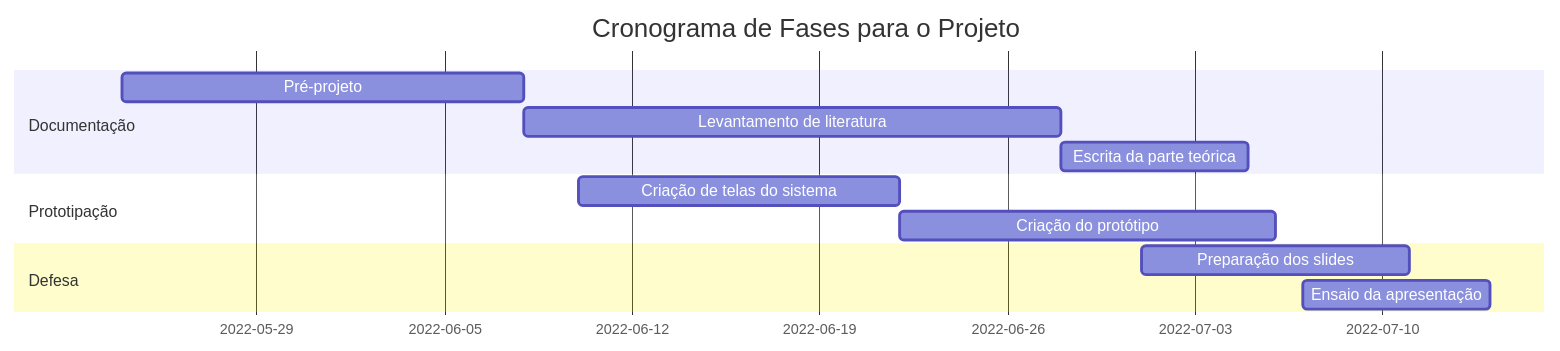
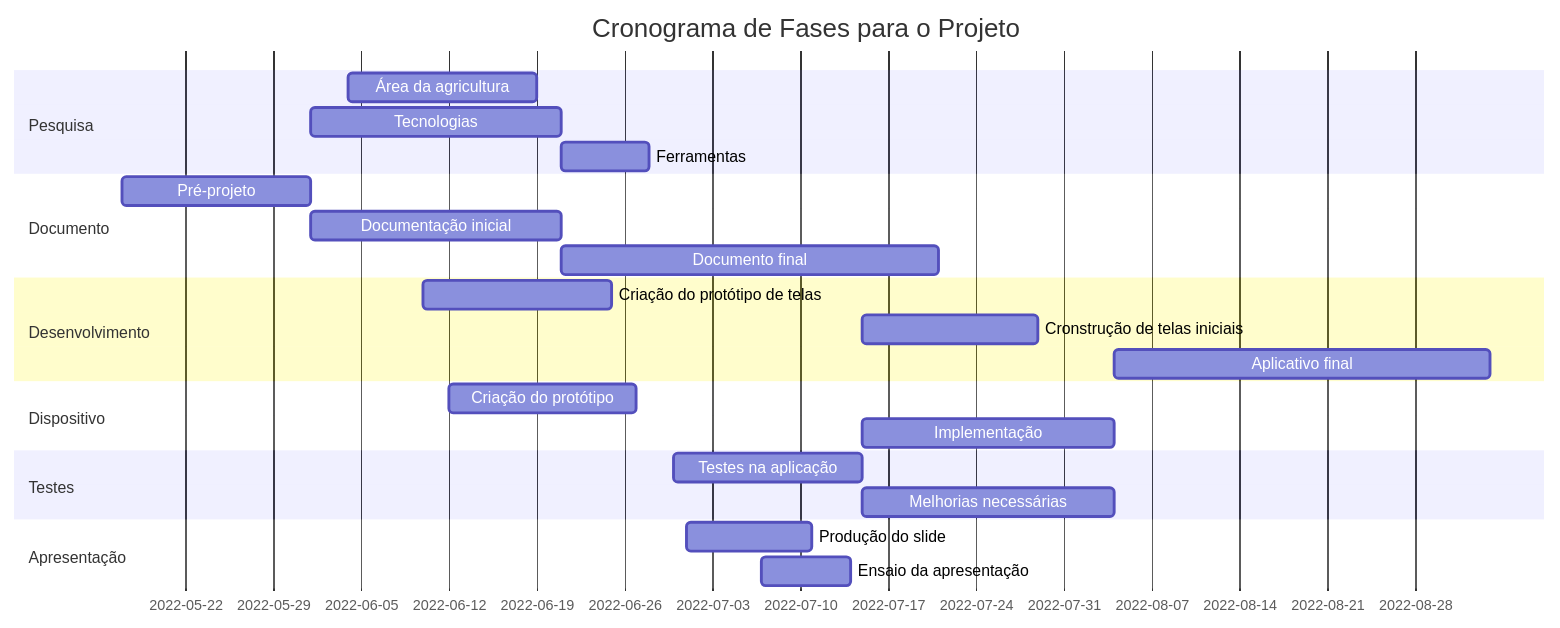
The diagram in README.md (fernandaTavaresg/ProjetoIntegrador), drawn with Mermaid before and after one commit.

````diff
--- a/README.md
+++ b/README.md
@@ -6,15 +6,26 @@
 ```mermaid
     gantt
     title Cronograma de Fases para o Projeto
     dateFormat  YYYY-MM-DD
-    section Documentação
-    Pré-projeto     :a1, 2022-05-24, 15d
-    Levantamento de literatura   :a2,after a1  , 20d
-    Escrita da parte teórica  :a3,after a2, 7d
-    section Prototipação
-    Criação de telas do sistema     :c2,2022-06-10  , 12d
-    Criação do protótipo      :c3,after c2, 14d
-    section Defesa
-    Preparação dos slides :p1, 2022-07-01, 10d
+    section Pesquisa
+    Área da agricultura     :a1, 2022-06-04, 15d
+    Tecnologias  :a2,after a1  , 20d
+    Ferramentas  :a3,after a2, 7d
+    section Documento
+    Pré-projeto     :a1, 2022-05-17, 15d
+    Documentação inicial   :a2,after a1  , 20d
+    Documento final  :a3,after a2, 30d
+    section Desenvolvimento
+    Criação do protótipo de telas  :c2,2022-06-10  , 15d
+    Cronstrução de telas iniciais     :c3,after c2, 14d
+    Aplicativo final     :c4,after c3, 30d
+     section Dispositivo
+    Criação do protótipo  :c2,2022-06-12  , 15d
+    Implementação     :c3,after c2, 20d
+       section Testes
+    Testes na aplicação  :c2,2022-06-30  , 15d
+    Melhorias necessárias     :c3,after c2, 20d
+    section Apresentação
+    Produção do slide  :p1, 2022-07-01, 10d
     Ensaio da apresentação :p2, 2022-07-07, 7d   
 ``` 
````
